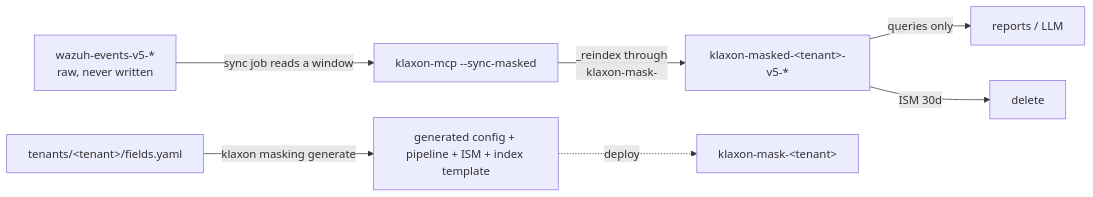
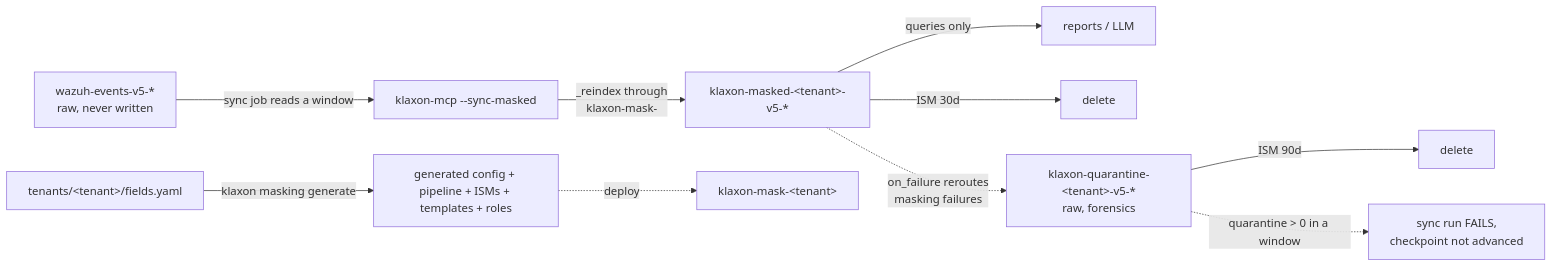
The diagram in docs/option-b-masked-stream.md (sec73/klaxon), drawn with Mermaid before and after one commit. The commit also changed other lines of this file and 7 other files, not shown here.

First line of the commit message:
docs: quarantine stream — fail-closed masking-error routing

````diff
--- a/docs/option-b-masked-stream.md
+++ b/docs/option-b-masked-stream.md
@@ -24,9 +30,12 @@
 ```mermaid
 flowchart LR
     RAW[wazuh-events-v5-*<br/>raw, never written] -->|sync job reads a window| SYNC[klaxon-mcp --sync-masked]
     SYNC -->|"_reindex through<br/>klaxon-mask-<tenant>"| MASKED[klaxon-masked-&lt;tenant&gt;-v5-*]
     MASKED -->|queries only| R[reports / LLM]
     MASKED -->|ISM 30d| DEL[delete]
-    CFG[tenants/&lt;tenant&gt;/fields.yaml] -->|klaxon masking generate| GEN[generated config + pipeline + ISM + index template]
+    MASKED -. "on_failure reroutes<br/>masking failures" .-> QUAR[klaxon-quarantine-&lt;tenant&gt;-v5-*<br/>raw, forensics]
+    QUAR -->|ISM 90d| QDEL[delete]
+    QUAR -. "quarantine &gt; 0 in a window" .-> FAIL[sync run FAILS,<br/>checkpoint not advanced]
+    CFG[tenants/&lt;tenant&gt;/fields.yaml] -->|klaxon masking generate| GEN[generated config + pipeline + ISMs + templates + roles]
     GEN -.deploy.-> PIP[klaxon-mask-&lt;tenant&gt;]
 ```
````
